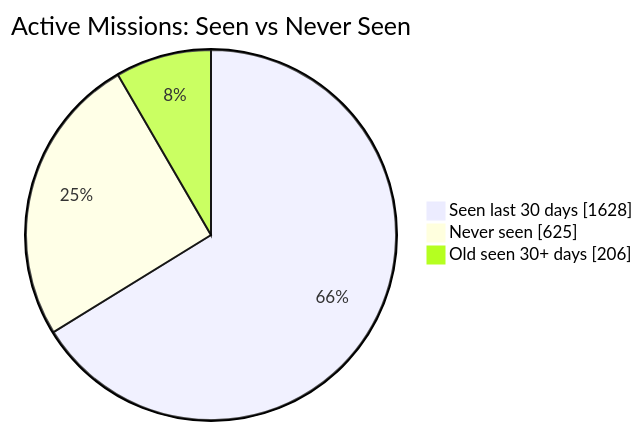
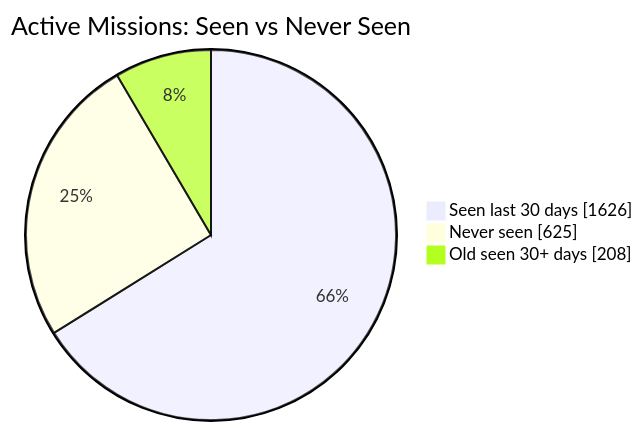
The first of 2 diagrams in README.md (MeldkamerspelGameTeam/active-missions), drawn with Mermaid before and after one commit. The commit also changed other lines of this file and 3 other files, not shown here.

````diff
--- a/README.md
+++ b/README.md
@@ -34,7 +34,7 @@
 ```mermaid
 pie showData
     title Active Missions: Seen vs Never Seen
-    "Seen last 30 days" : 1628
+    "Seen last 30 days" : 1626
     "Never seen" : 625
-    "Old seen 30+ days" : 206
+    "Old seen 30+ days" : 208
 ```
````
